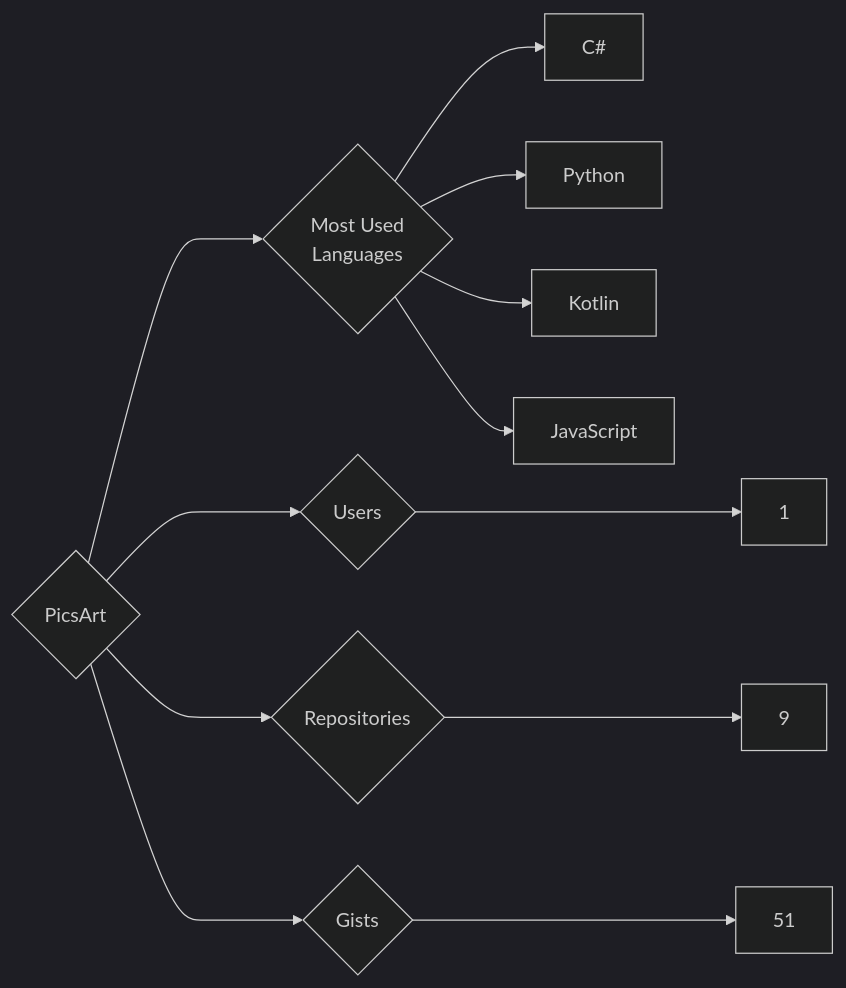
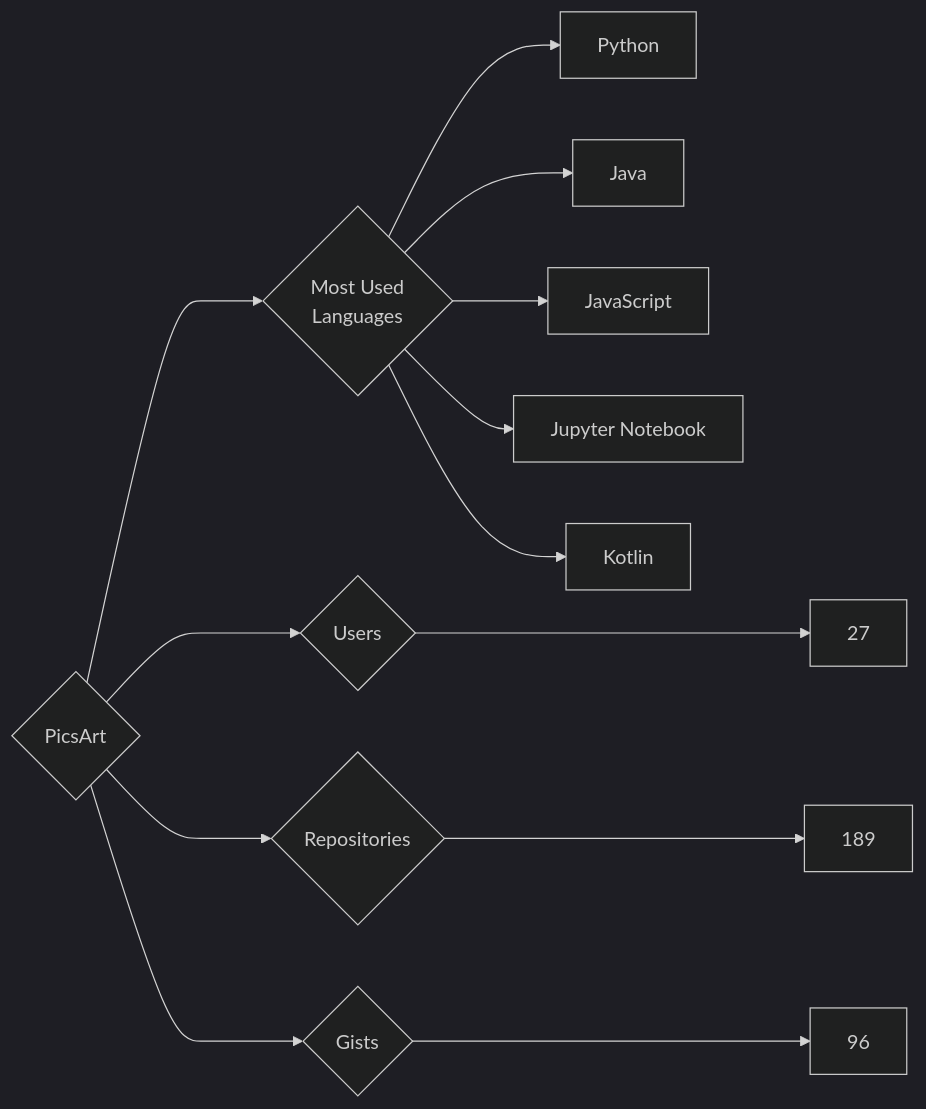
Before and after one commit to trickest/insiders: the diagram in targets/PicsArt/README.md, drawn with Mermaid (dark theme). The commit also changed 948 other files, not shown here.

````diff
--- a/targets/PicsArt/README.md
+++ b/targets/PicsArt/README.md
@@ -3,12 +3,13 @@
 ```mermaid
 graph LR
 COMPANY_NAME{PicsArt}
-COMPANY_NAME ---> U{Users} ---> UN[1]
-COMPANY_NAME ---> R{Repositories} ---> RN[9]
-COMPANY_NAME ---> G{Gists} ---> GN[51]
+COMPANY_NAME ---> U{Users} ---> UN[27]
+COMPANY_NAME ---> R{Repositories} ---> RN[189]
+COMPANY_NAME ---> G{Gists} ---> GN[96]
 COMPANY_NAME ---> ML{Most Used<br>Languages}
-ML --> C#[C#]
 ML --> Python[Python]
+ML --> Java[Java]
+ML --> JavaScript[JavaScript]
+ML --> Jupyter_Notebook[Jupyter Notebook]
 ML --> Kotlin[Kotlin]
-ML --> JavaScript[JavaScript]
 ```
````
